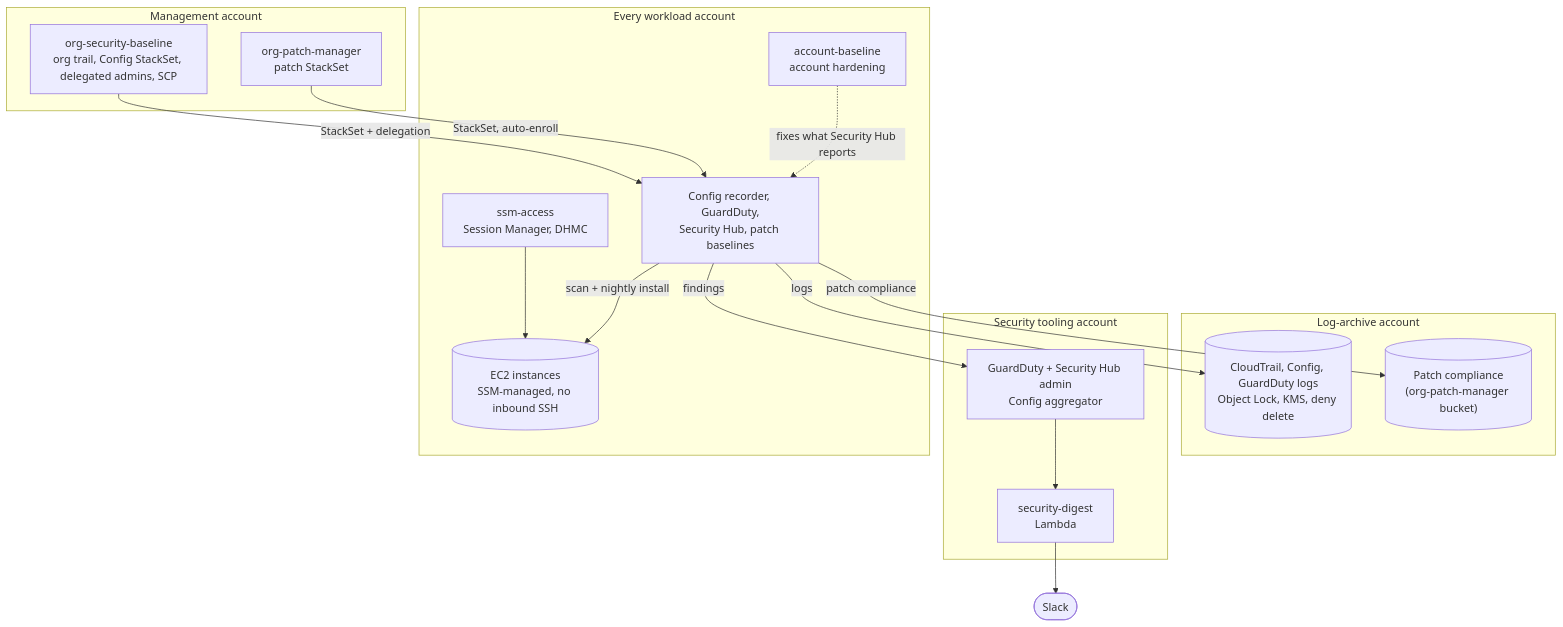
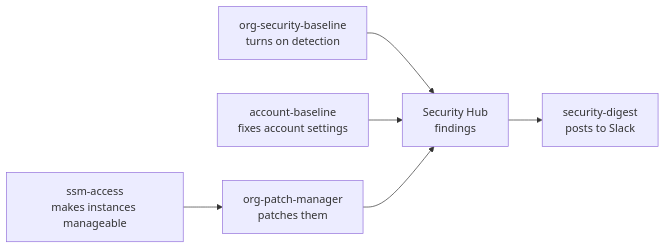
The diagram in README.md (simar-s2/aws-security-toolkit), drawn with Mermaid before and after one commit. The commit also changed other lines of this file and 7 other files, not shown here.

````diff
--- a/README.md
+++ b/README.md
@@ -19,36 +40,8 @@
 ```mermaid
-flowchart TB
-    subgraph mgmt["Management account"]
-        osb_m["org-security-baseline<br/>org trail, Config StackSet, delegated admins, SCP"]
-        opm["org-patch-manager<br/>patch StackSet"]
-    end
-
-    subgraph logs["Log-archive account"]
-        archive[("CloudTrail, Config, GuardDuty logs<br/>Object Lock, KMS, deny delete")]
-        compliance[("Patch compliance<br/>(org-patch-manager bucket)")]
-    end
-
-    subgraph sec["Security tooling account"]
-        admin["GuardDuty + Security Hub admin<br/>Config aggregator"]
-        digest["security-digest<br/>Lambda"]
-    end
-
-    subgraph workloads["Every workload account"]
-        ab["account-baseline<br/>account hardening"]
-        ssm["ssm-access<br/>Session Manager, DHMC"]
-        agents["Config recorder, GuardDuty,<br/>Security Hub, patch baselines"]
-        ec2[("EC2 instances<br/>SSM-managed, no inbound SSH")]
-    end
-
-    slack(["Slack"])
-
-    osb_m -->|"StackSet + delegation"| agents
-    opm -->|"StackSet, auto-enroll"| agents
-    agents -->|"logs"| archive
-    agents -->|"patch compliance"| compliance
-    agents -->|"findings"| admin
-    ssm --> ec2
-    agents -->|"scan + nightly install"| ec2
-    admin --> digest --> slack
-    ab -.->|"fixes what Security Hub reports"| agents
+flowchart LR
+    baseline["org-security-baseline<br/>turns on detection"] --> hub["Security Hub<br/>findings"]
+    account["account-baseline<br/>fixes account settings"] --> hub
+    access["ssm-access<br/>makes instances manageable"] --> patch["org-patch-manager<br/>patches them"]
+    patch --> hub
+    hub --> digest["security-digest<br/>posts to Slack"]
 ```
````
